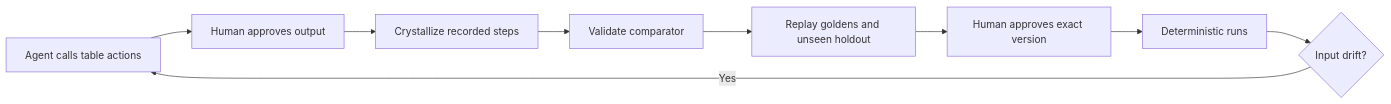
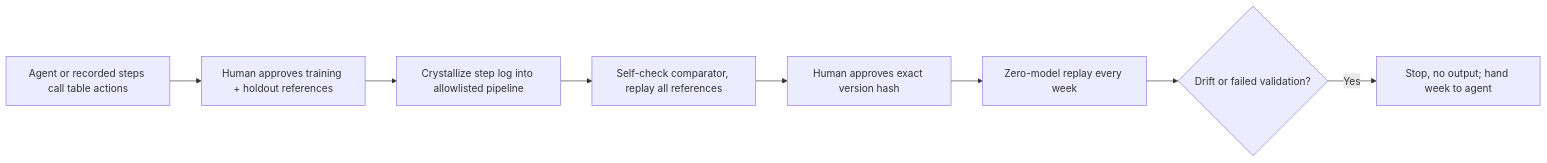
Before and after one commit to mohitt31/rote: the diagram in README.md, drawn with Mermaid. The commit also changed other lines of this file and 18 other files, not shown here.

First line of the commit message:
Add vendor task, replay benchmark, drift hand-off and MCP tools

````diff
--- a/README.md
+++ b/README.md
@@ -50,11 +48,10 @@
 ```mermaid
 flowchart LR
-  A[Agent calls table actions] --> B[Human approves output]
-  B --> C[Crystallize recorded steps]
-  C --> D[Validate comparator]
-  D --> E[Replay goldens and unseen holdout]
-  E --> F[Human approves exact version]
-  F --> G[Deterministic runs]
-  G --> H{Input drift?}
-  H -->|Yes| A
+  A[Agent or recorded steps call table actions] --> B[Human approves training + holdout references]
+  B --> C[Crystallize step log into allowlisted pipeline]
+  C --> D[Self-check comparator, replay all references]
+  D --> E[Human approves exact version hash]
+  E --> F[Zero-model replay every week]
+  F --> G{Drift or failed validation?}
+  G -->|Yes| H[Stop, no output; hand week to agent]
 ```
````
